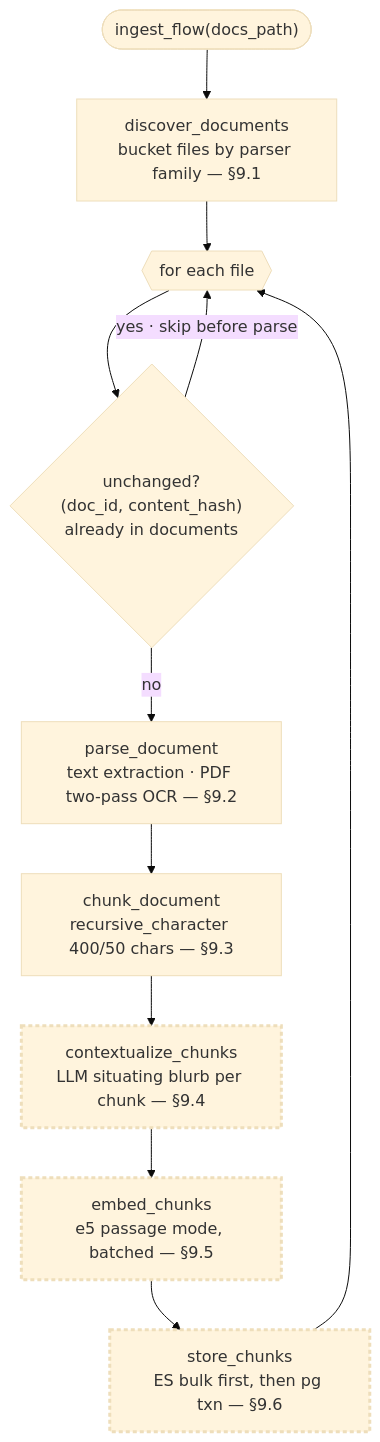
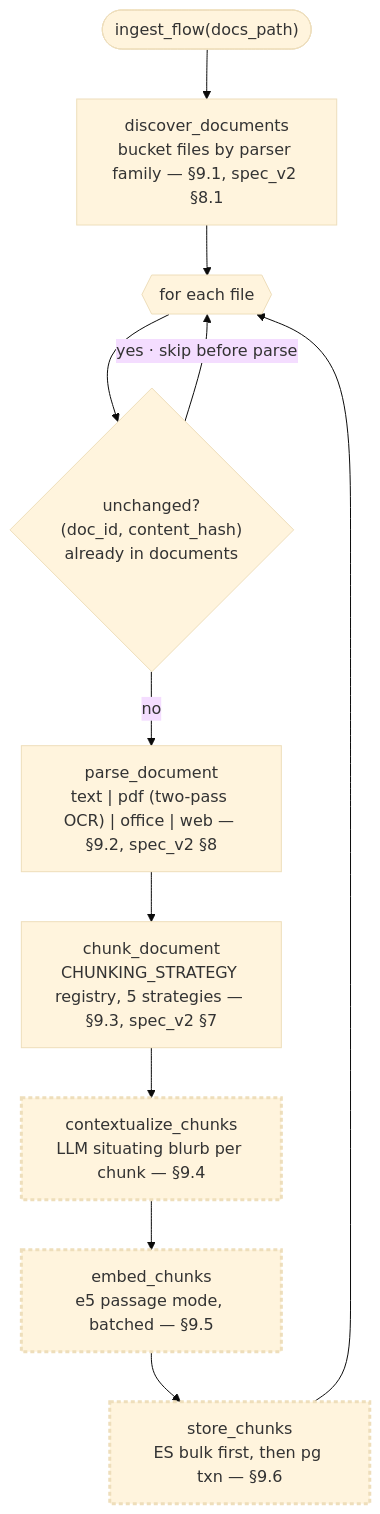
Before and after one commit to luisegarduno/varagity: the first of 3 diagrams in golden-docs/pipelines.md, drawn with Mermaid (base theme). The commit also changed other lines of this file and 6 other files, not shown here.

````diff
--- a/golden-docs/pipelines.md
+++ b/golden-docs/pipelines.md
@@ -29,16 +39,16 @@
 ```mermaid
 flowchart TB
-    start(["ingest_flow(docs_path)"]) --> discover["discover_documents<br/>bucket files by parser family — §9.1"]
+    start(["ingest_flow(docs_path)"]) --> discover["discover_documents<br/>bucket files by parser family — §9.1, spec_v2 §8.1"]
     discover --> loop{{"for each file"}}
     loop --> skip{"unchanged?<br/>(doc_id, content_hash)<br/>already in documents"}
     skip -->|"yes · skip before parse"| loop
-    skip -->|no| parse["parse_document<br/>text extraction · PDF two-pass OCR — §9.2"]
-    parse --> chunk["chunk_document<br/>recursive_character 400/50 chars — §9.3"]
+    skip -->|no| parse["parse_document<br/>text | pdf (two-pass OCR) | office | web — §9.2, spec_v2 §8"]
+    parse --> chunk["chunk_document<br/>CHUNKING_STRATEGY registry, 5 strategies — §9.3, spec_v2 §7"]
     chunk --> ctx["contextualize_chunks<br/>LLM situating blurb per chunk — §9.4"]
     ctx --> embed["embed_chunks<br/>e5 passage mode, batched — §9.5"]
     embed --> store["store_chunks<br/>ES bulk first, then pg txn — §9.6"]
     store --> loop
 
     classDef retry stroke-width:3px,stroke-dasharray:4 3;
     class ctx,embed,store retry;
 ```
````
